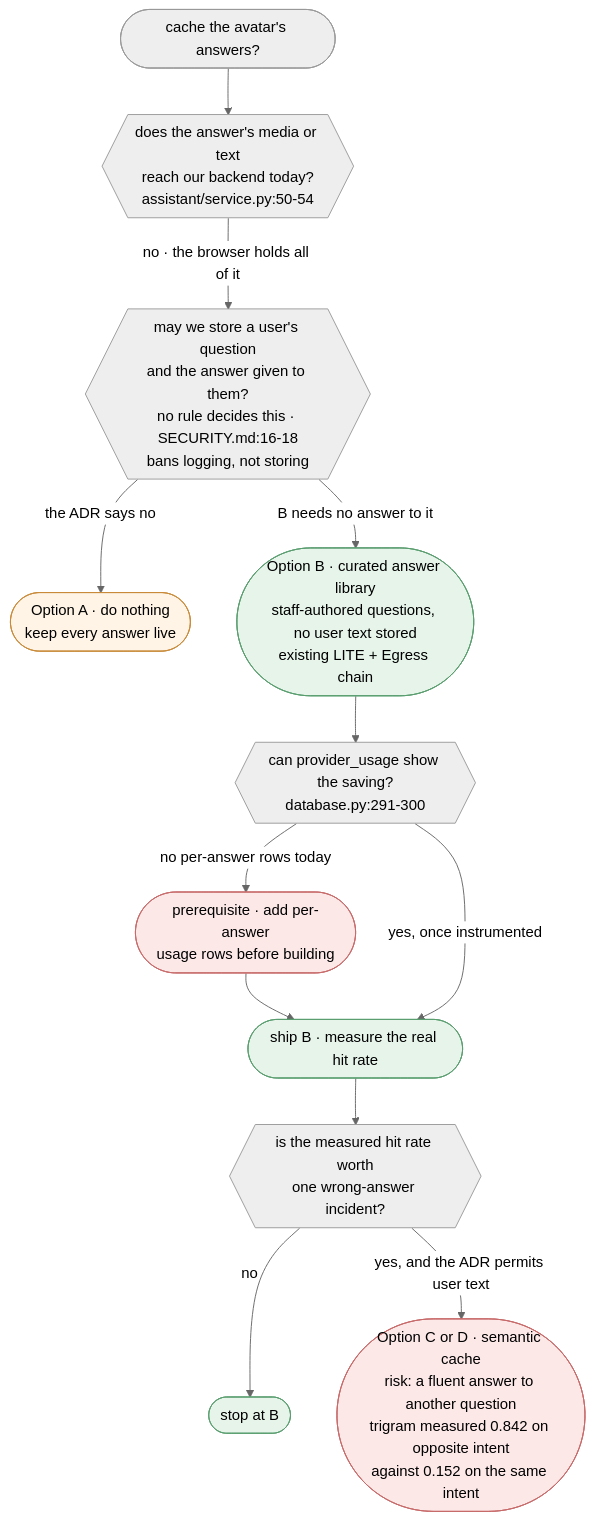
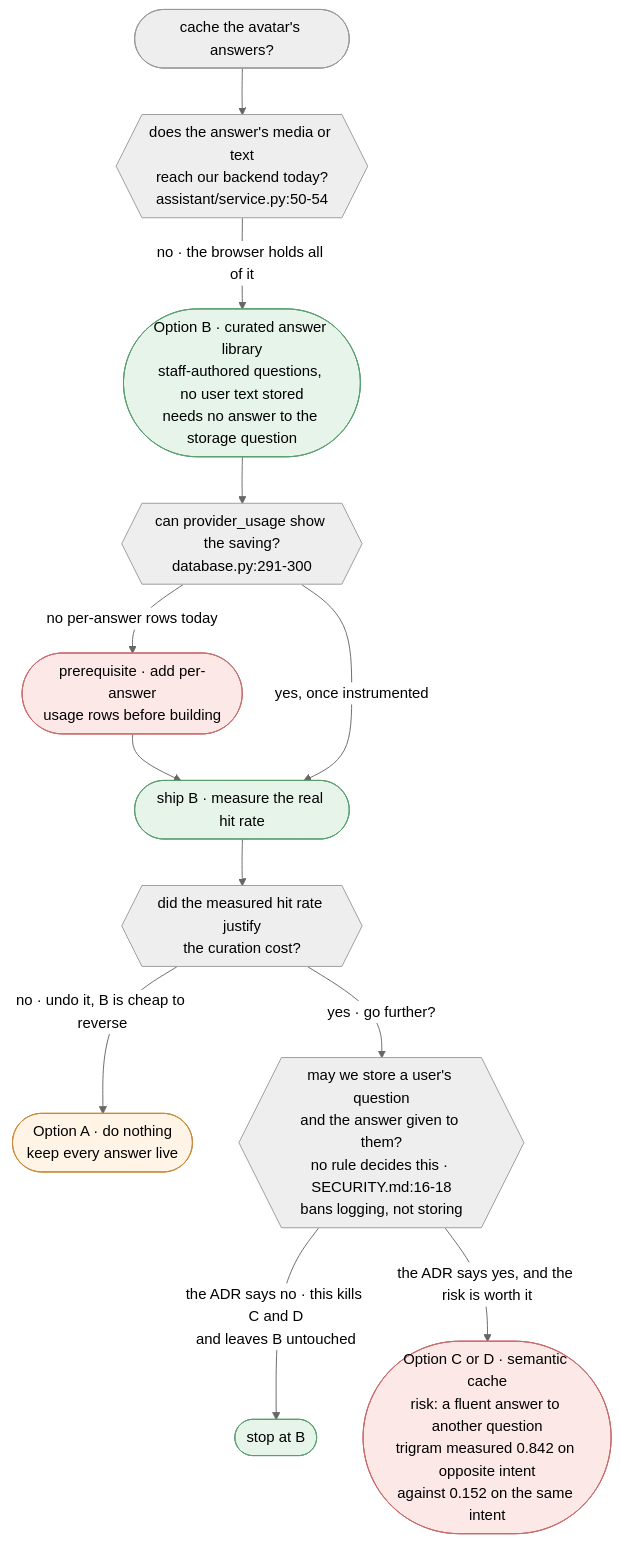
One commit to Kohandezh/kohandezh-live-avatar changed the second of 2 diagrams in docs/features/response-caching/RESEARCH.md. Above: the diagram before and after it, drawn with Mermaid (neutral theme). The commit also changed other lines of this file, not shown here.

Commit message:
docs(assistant): closing sweep on the response-caching spike
Three low corrections from the turn 2 review. No change to the answer,
the outcome or the pick.

The decision diagram put the storage gate before Option B, so a
no-storage ADR appeared to force doing nothing. That contradicted the
document's own position: B needs no answer to the storage question, so
a no-storage ADR kills C and D and leaves B standing. The gate now sits
on the C and D branch where it bites, and Option A hangs off the
measurement gate, which is where B failing to pay actually leads.

"the only way to estimate the rate" overstated the Portkey page, which
says "typically". Changed to "the usual way".

Option D's C3 bullet still said "fails the same way as C" after Option
C and the comparison table moved to "undecided". Now consistent.

````diff
--- a/docs/features/response-caching/RESEARCH.md
+++ b/docs/features/response-caching/RESEARCH.md
@@ -607,19 +607,19 @@
 ```mermaid
 flowchart TB
     Q(["cache the avatar's answers?"])
     Q --> G1{{"does the answer's media or text<br/>reach our backend today?<br/>assistant/service.py:50-54"}}
-    G1 -->|"no · the browser holds all of it"| G2{{"may we store a user's question<br/>and the answer given to them?<br/>no rule decides this · SECURITY.md:16-18<br/>bans logging, not storing"}}
-    G2 -->|"the ADR says no"| A(["Option A · do nothing<br/>keep every answer live"]):::forced
-    G2 -->|"B needs no answer to it"| B(["Option B · curated answer library<br/>staff-authored questions, no user text stored<br/>existing LITE + Egress chain"]):::chosen
+    G1 -->|"no · the browser holds all of it"| B(["Option B · curated answer library<br/>staff-authored questions, no user text stored<br/>needs no answer to the storage question"]):::chosen
     B --> G3{{"can provider_usage show the saving?<br/>database.py:291-300"}}
     G3 -->|"no per-answer rows today"| INSTR(["prerequisite · add per-answer<br/>usage rows before building"]):::fallback
     INSTR --> SHIP
     G3 -->|"yes, once instrumented"| SHIP(["ship B · measure the real hit rate"]):::chosen
-    SHIP --> G4{{"is the measured hit rate worth<br/>one wrong-answer incident?"}}
-    G4 -->|"no"| STOP(["stop at B"]):::chosen
-    G4 -->|"yes, and the ADR permits user text"| CD(["Option C or D · semantic cache<br/>risk: a fluent answer to another question<br/>trigram measured 0.842 on opposite intent<br/>against 0.152 on the same intent"]):::fallback
+    SHIP --> G4{{"did the measured hit rate justify<br/>the curation cost?"}}
+    G4 -->|"no · undo it, B is cheap to reverse"| A(["Option A · do nothing<br/>keep every answer live"]):::forced
+    G4 -->|"yes · go further?"| G2{{"may we store a user's question<br/>and the answer given to them?<br/>no rule decides this · SECURITY.md:16-18<br/>bans logging, not storing"}}
+    G2 -->|"the ADR says no · this kills C and D<br/>and leaves B untouched"| STOP(["stop at B"]):::chosen
+    G2 -->|"the ADR says yes, and the risk is worth it"| CD(["Option C or D · semantic cache<br/>risk: a fluent answer to another question<br/>trigram measured 0.842 on opposite intent<br/>against 0.152 on the same intent"]):::fallback
 
     classDef chosen   fill:#e6f4ea,stroke:#5a9e6f,color:#000
     classDef fallback fill:#fde8e8,stroke:#c86a6a,color:#000
     classDef forced   fill:#fff4e5,stroke:#c98a3a,color:#000
 ```
````
